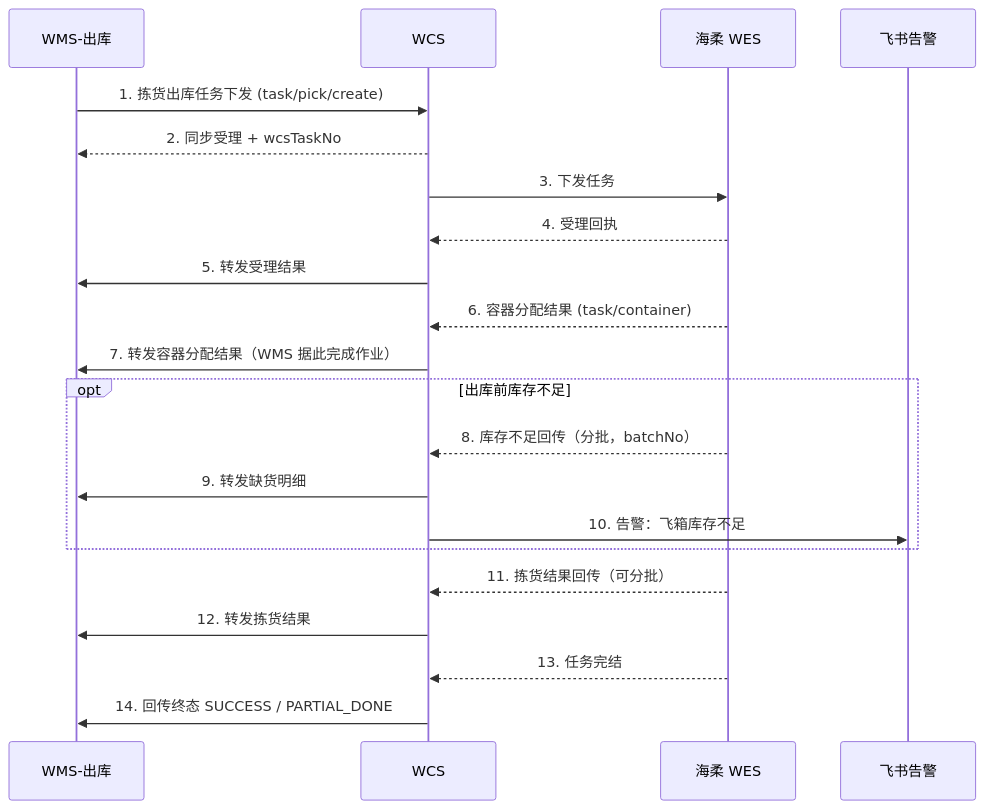
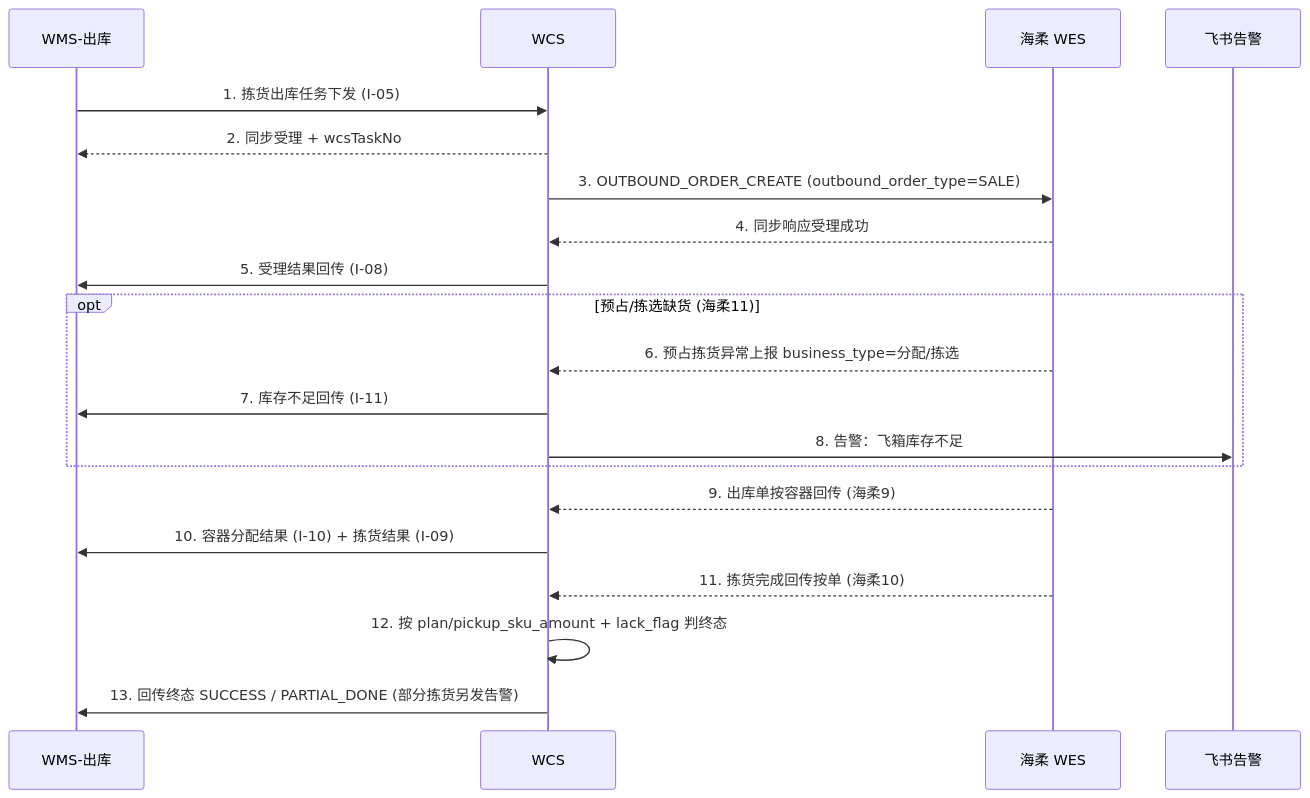
One commit to generous-jiang/jiangzw changed the diagram in docs/wcs/diagrams/03-seq-pick.mmd. Above: the diagram before and after it, drawn with Mermaid. The commit also changed 9 other files, not shown here.

```diff
--- a/docs/wcs/diagrams/03-seq-pick.mmd
+++ b/docs/wcs/diagrams/03-seq-pick.mmd
@@ -1,22 +1,20 @@
 sequenceDiagram
     participant WMS as WMS-出库
     participant WCS as WCS
     participant WES as 海柔 WES
     participant FS as 飞书告警
-
-    WMS->>WCS: 1. 拣货出库任务下发 (task/pick/create)
+    WMS->>WCS: 1. 拣货出库任务下发 (I-05)
     WCS-->>WMS: 2. 同步受理 + wcsTaskNo
-    WCS->>WES: 3. 下发任务
-    WES-->>WCS: 4. 受理回执
-    WCS->>WMS: 5. 转发受理结果
-    WES-->>WCS: 6. 容器分配结果 (task/container)
-    WCS->>WMS: 7. 转发容器分配结果（WMS 据此完成作业）
-    opt 出库前库存不足
-        WES-->>WCS: 8. 库存不足回传（分批，batchNo）
-        WCS->>WMS: 9. 转发缺货明细
-        WCS->>FS: 10. 告警：飞箱库存不足
+    WCS->>WES: 3. OUTBOUND_ORDER_CREATE (outbound_order_type=SALE)
+    WES-->>WCS: 4. 同步响应受理成功
+    WCS->>WMS: 5. 受理结果回传 (I-08)
+    opt 预占/拣选缺货 (海柔11)
+        WES-->>WCS: 6. 预占拣货异常上报 business_type=分配/拣选
+        WCS->>WMS: 7. 库存不足回传 (I-11)
+        WCS->>FS: 8. 告警：飞箱库存不足
     end
-    WES-->>WCS: 11. 拣货结果回传（可分批）
-    WCS->>WMS: 12. 转发拣货结果
-    WES-->>WCS: 13. 任务完结
-    WCS->>WMS: 14. 回传终态 SUCCESS / PARTIAL_DONE
+    WES-->>WCS: 9. 出库单按容器回传 (海柔9)
+    WCS->>WMS: 10. 容器分配结果 (I-10) + 拣货结果 (I-09)
+    WES-->>WCS: 11. 拣货完成回传按单 (海柔10)
+    WCS->>WCS: 12. 按 plan/pickup_sku_amount + lack_flag 判终态
+    WCS->>WMS: 13. 回传终态 SUCCESS / PARTIAL_DONE (部分拣货另发告警)
```
